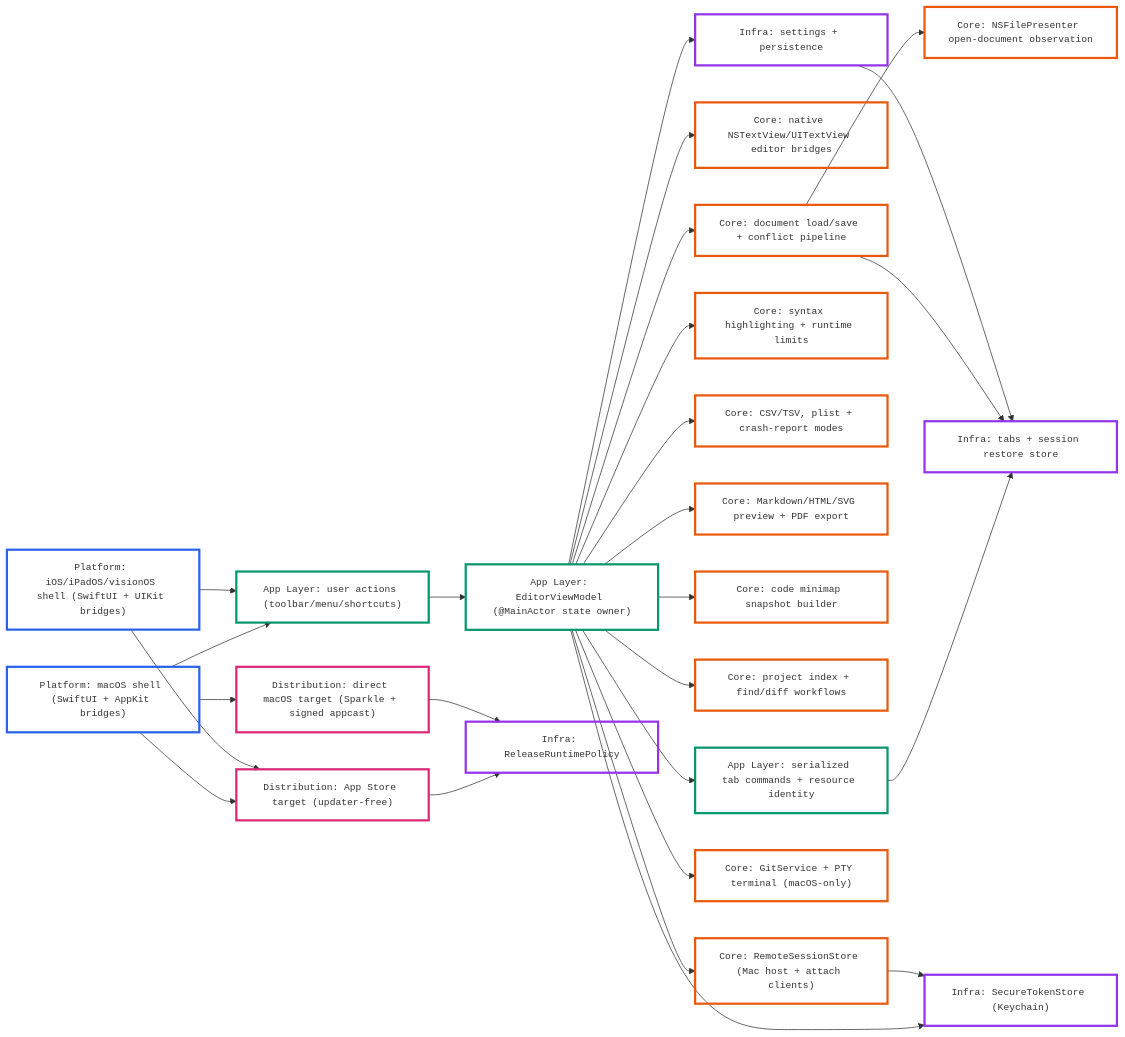
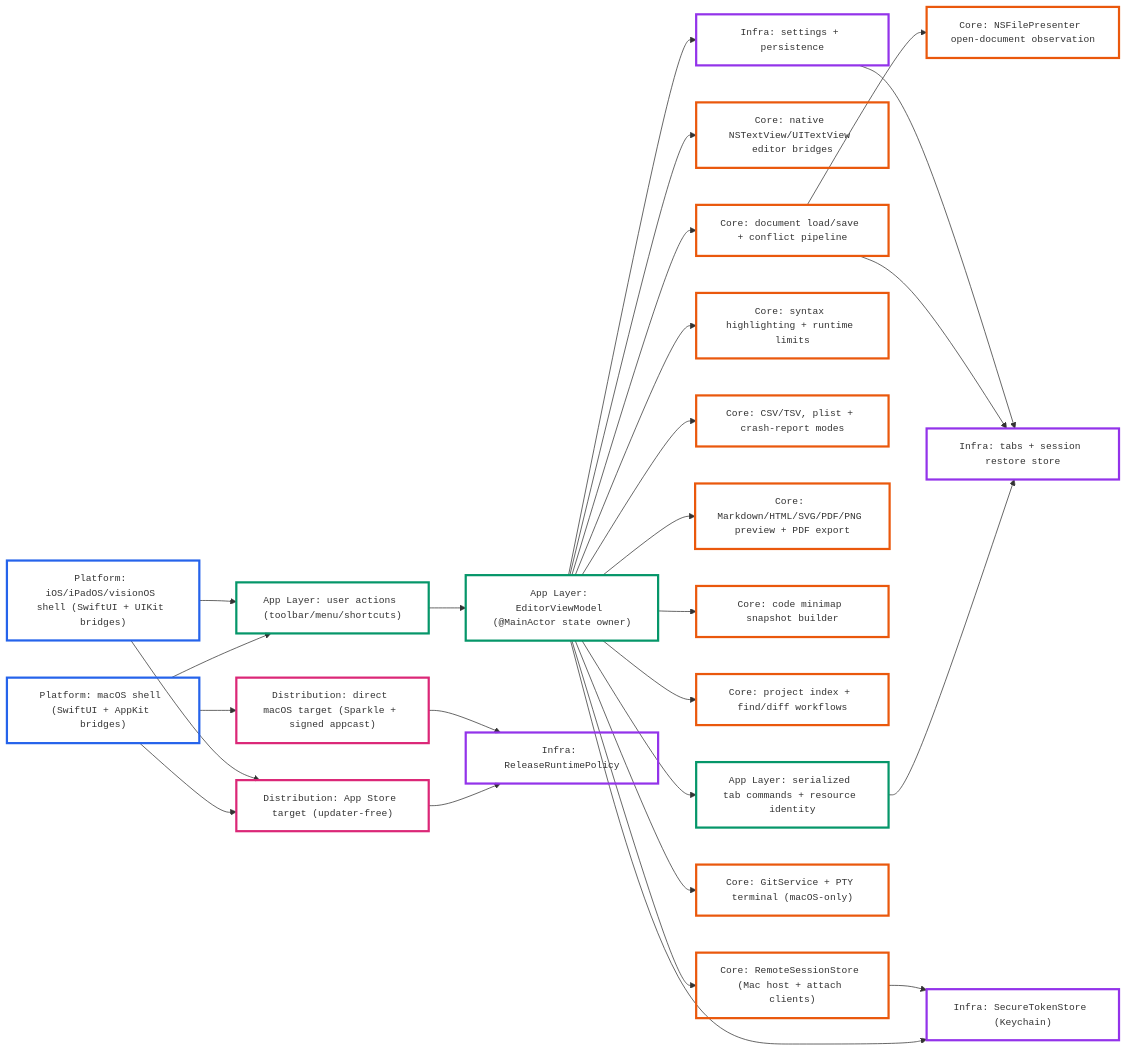
Before and after one commit to h3pdesign/Neon-Vision-Editor: the first of 2 diagrams in README.md, drawn with Mermaid. The commit also changed other lines of this file and 5 other files, not shown here.

````diff
--- a/README.md
+++ b/README.md
@@ -426,62 +431,62 @@
 ```mermaid
 flowchart LR
   Mac["Platform: macOS shell (SwiftUI + AppKit bridges)"]
   Touch["Platform: iOS/iPadOS/visionOS shell (SwiftUI + UIKit bridges)"]
   ACT["App Layer: user actions (toolbar/menu/shortcuts)"]
   VM["App Layer: EditorViewModel (@MainActor state owner)"]
   CMD["App Layer: serialized tab commands + resource identity"]
   TEXT["Core: native NSTextView/UITextView editor bridges"]
   DOC["Core: document load/save + conflict pipeline"]
   OBS["Core: NSFilePresenter open-document observation"]
   HL["Core: syntax highlighting + runtime limits"]
   STRUCT["Core: CSV/TSV, plist + crash-report modes"]
-  PREV["Core: Markdown/HTML/SVG preview + PDF export"]
+  PREV["Core: Markdown/HTML/SVG/PDF/PNG preview + PDF export"]
   MINI["Core: code minimap snapshot builder"]
   NAV["Core: project index + find/diff workflows"]
   REMOTE["Core: RemoteSessionStore (Mac host + attach clients)"]
   DESKTOP["Core: GitService + PTY terminal (macOS-only)"]
   STORE["Infra: tabs + session restore store"]
   PREFS["Infra: settings + persistence"]
   SEC["Infra: SecureTokenStore (Keychain)"]
   POLICY["Infra: ReleaseRuntimePolicy"]
   MAS["Distribution: App Store target (updater-free)"]
   DIRECT["Distribution: direct macOS target (Sparkle + signed appcast)"]
 
   Mac --> ACT
   Touch --> ACT
   ACT --> VM
   VM --> CMD
   CMD --> STORE
   VM --> TEXT
   VM --> DOC
   DOC --> OBS
   DOC --> STORE
   VM --> HL
   VM --> STRUCT
   VM --> PREV
   VM --> MINI
   VM --> NAV
   VM --> REMOTE
   VM --> DESKTOP
   VM --> PREFS
   PREFS --> STORE
   VM --> SEC
   REMOTE --> SEC
   Mac --> MAS
   Mac --> DIRECT
   Touch --> MAS
   MAS --> POLICY
   DIRECT --> POLICY
 
   classDef platform stroke:#2563EB,stroke-width:3px,fill:transparent,font-family:ui-monospace\, SFMono-Regular\, Menlo\, Monaco\, Consolas\, Liberation Mono\, monospace,font-size:13px;
   classDef app stroke:#059669,stroke-width:3px,fill:transparent,font-family:ui-monospace\, SFMono-Regular\, Menlo\, Monaco\, Consolas\, Liberation Mono\, monospace,font-size:13px;
   classDef core stroke:#EA580C,stroke-width:3px,fill:transparent,font-family:ui-monospace\, SFMono-Regular\, Menlo\, Monaco\, Consolas\, Liberation Mono\, monospace,font-size:13px;
   classDef infra stroke:#9333EA,stroke-width:3px,fill:transparent,font-family:ui-monospace\, SFMono-Regular\, Menlo\, Monaco\, Consolas\, Liberation Mono\, monospace,font-size:13px;
   classDef distribution stroke:#DB2777,stroke-width:3px,fill:transparent,font-family:ui-monospace\, SFMono-Regular\, Menlo\, Monaco\, Consolas\, Liberation Mono\, monospace,font-size:13px;
 
   class Mac,Touch platform;
   class ACT,VM,CMD app;
   class TEXT,DOC,OBS,HL,STRUCT,PREV,MINI,NAV,REMOTE,DESKTOP core;
   class STORE,PREFS,SEC,POLICY infra;
   class MAS,DIRECT distribution;
 ```
````
